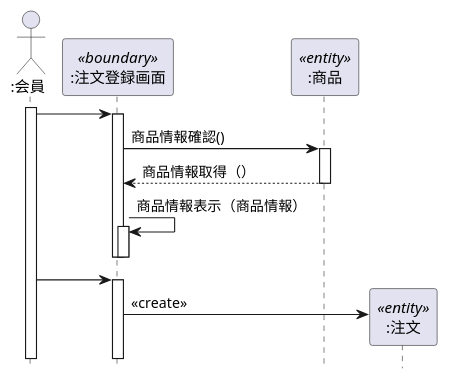
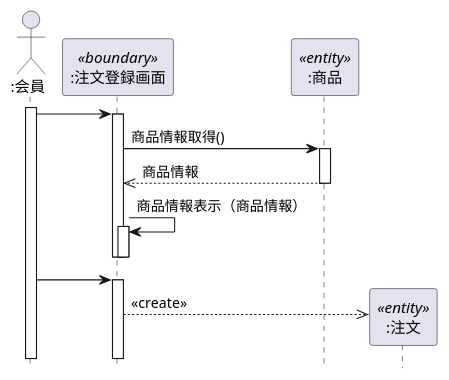
Before and after one commit to itouayumu/uml-introduction-: the diagram in 演習4-4_SD_商品注文.pu, drawn with PlantUML.

Commit message:
修正

```diff
--- a/演習4-4_SD_商品注文.pu
+++ b/演習4-4_SD_商品注文.pu
@@ -1,24 +1,24 @@
 @startuml
 hide footbox
 Actor ":会員" as a1
 participant ":注文登録画面" as a2 <<boundary>>
 participant ":商品" as a3 <<entity>>
 participant ":注文" as a4 <<entity>>
 activate a1
 a1->a2
     activate a2
        
-    a2->a3:商品情報確認()
+    a2->a3:商品情報取得()
     activate a3
-    a3-->a2:商品情報取得（）
+    a3-->>a2:商品情報
      deactivate a3
     a2->a2:商品情報表示（商品情報）
      activate a2
      deactivate a2
     deactivate a2
     a1->a2:
     activate a2
     create a4
-    a2->a4:<<create>>
+    a2-->>a4:<<create>>
    
 @enduml
```
